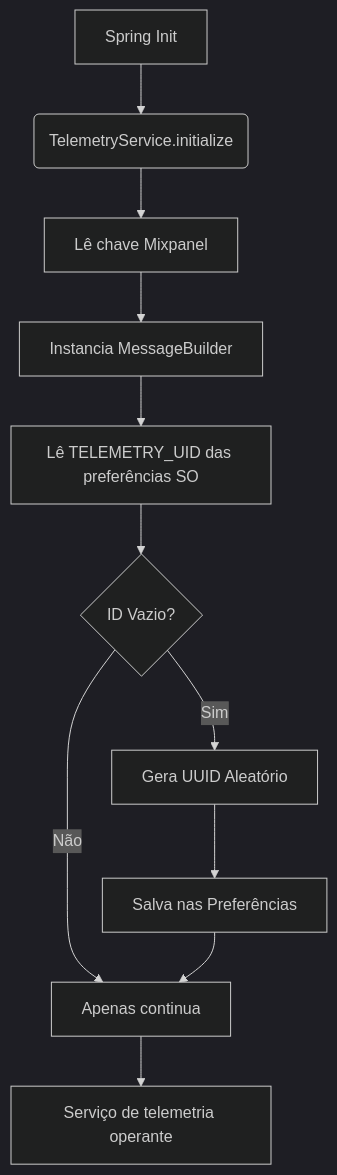
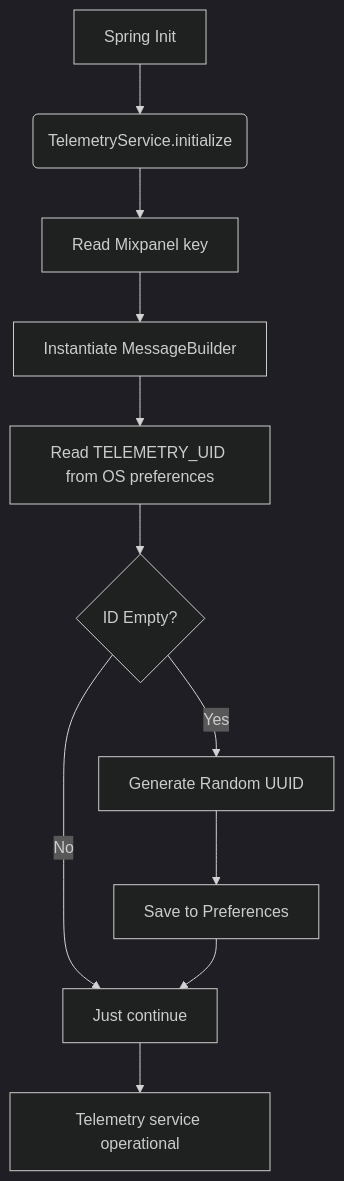
One commit to daniel-chiuratto-seabra/OwlPlug changed the ninth of 15 diagrams in docs/full-forensic-technical-documentation.md. Above: the diagram before and after it, drawn with Mermaid (dark theme). The commit also changed other lines of this file, not shown here.

````diff
--- a/docs/full-forensic-technical-documentation.md
+++ b/docs/full-forensic-technical-documentation.md
@@ -361,13 +361,13 @@
 ```mermaid
 flowchart TD
     A[Spring Init] --> B(TelemetryService.initialize)
-    B --> C[Lê chave Mixpanel]
-    C --> D[Instancia MessageBuilder]
-    D --> E[Lê TELEMETRY_UID das preferências SO]
-    E --> F{ID Vazio?}
-    F -- Sim --> G[Gera UUID Aleatório]
-    G --> H[Salva nas Preferências]
-    F -- Não --> I[Apenas continua]
+    B --> C[Read Mixpanel key]
+    C --> D[Instantiate MessageBuilder]
+    D --> E[Read TELEMETRY_UID from OS preferences]
+    E --> F{ID Empty?}
+    F -- Yes --> G[Generate Random UUID]
+    G --> H[Save to Preferences]
+    F -- No --> I[Just continue]
     H --> I
-    I --> J[Serviço de telemetria operante]
+    I --> J[Telemetry service operational]
 ```
````
